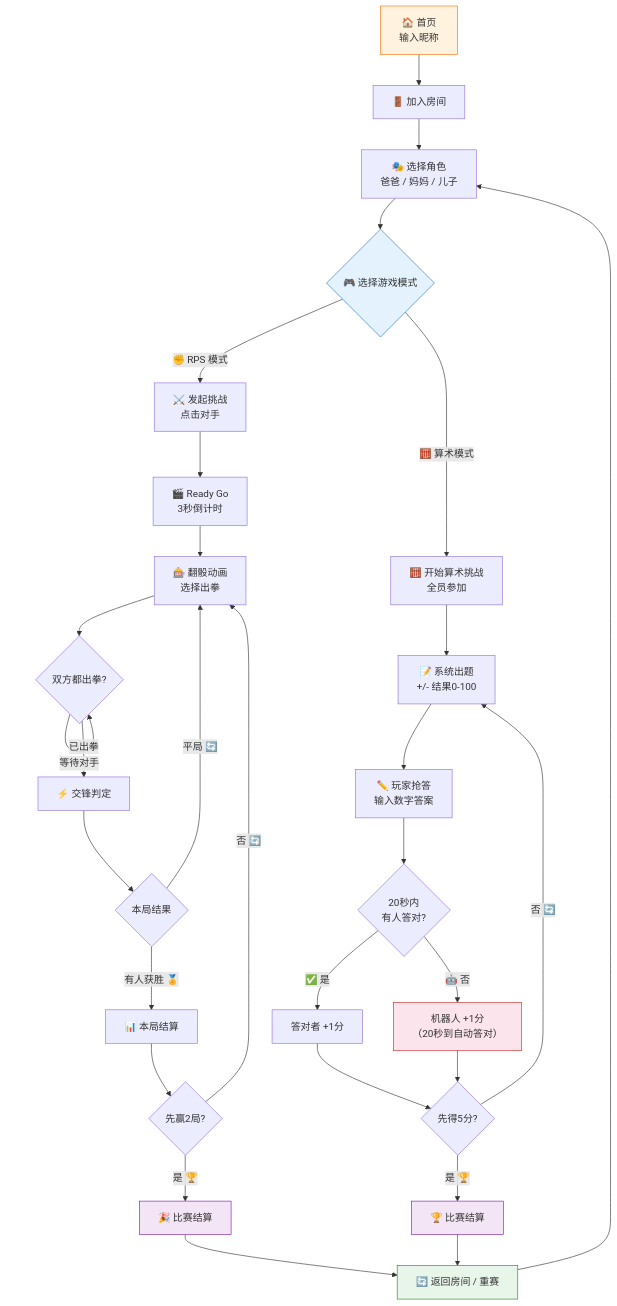
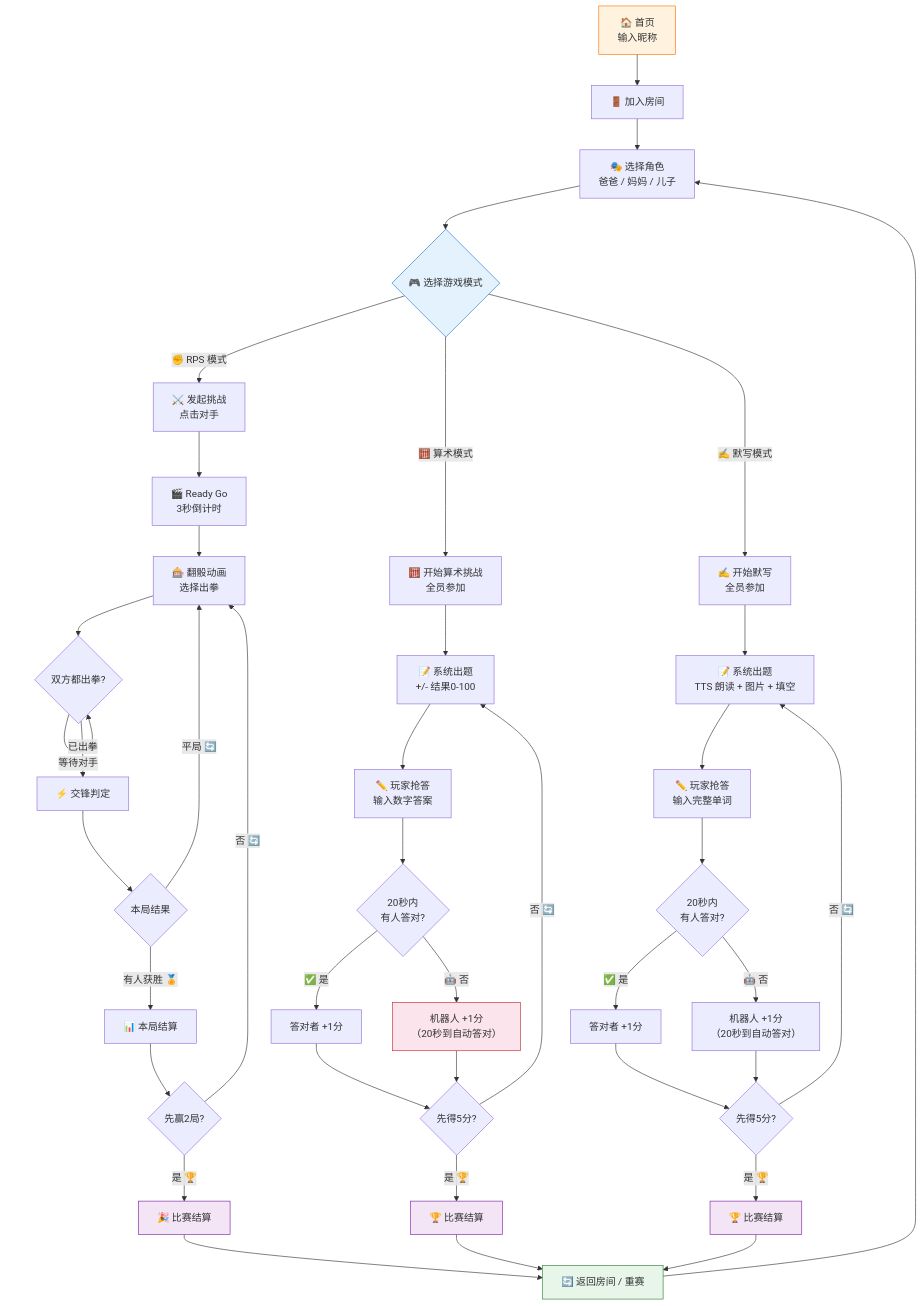
One commit to soapgu/family-war changed the second of 2 diagrams in README.md. Above: the diagram before and after it, drawn with Mermaid. The commit also changed other lines of this file and 1 other file, not shown here.

````diff
--- a/README.md
+++ b/README.md
@@ -37,41 +37,54 @@
 ```mermaid
 flowchart TD
     A[🏠 首页<br>输入昵称] --> B[🚪 加入房间]
     B --> C[🎭 选择角色<br>爸爸 / 妈妈 / 儿子]
     C --> D{🎮 选择游戏模式}
 
     D -->|✊ RPS 模式| E[⚔️ 发起挑战<br>点击对手]
     E --> F[🎬 Ready Go<br>3秒倒计时]
     F --> G[🎰 翻骰动画<br>选择出拳]
     G --> H{双方都出拳?}
     H -->|等待对手| H
     H -->|已出拳| I[⚡ 交锋判定]
     I --> J{本局结果}
     J -->|平局 🔄| G
     J -->|有人获胜 🏅| K[📊 本局结算]
     K --> L{先赢2局?}
     L -->|否 🔄| G
     L -->|是 🏆| M[🎉 比赛结算]
 
     D -->|🧮 算术模式| N[🧮 开始算术挑战<br>全员参加]
     N --> O[📝 系统出题<br>+/- 结果0-100]
     O --> P[✏️ 玩家抢答<br>输入数字答案]
     P --> Q{20秒内<br>有人答对?}
     Q -->|✅ 是| R[答对者 +1分]
     Q -->|🤖 否| S[机器人 +1分<br>（20秒到自动答对）]
     R --> T{先得5分?}
     S --> T
     T -->|否 🔄| O
     T -->|是 🏆| U[🏆 比赛结算]
 
+    D -->|✍️ 默写模式| Sp[✍️ 开始默写<br>全员参加]
+    Sp --> SpQ[📝 系统出题<br>TTS 朗读 + 图片 + 填空]
+    SpQ --> SpAns[✏️ 玩家抢答<br>输入完整单词]
+    SpAns --> SpRes{20秒内<br>有人答对?}
+    SpRes -->|✅ 是| SpR[答对者 +1分]
+    SpRes -->|🤖 否| SpS[机器人 +1分<br>（20秒到自动答对）]
+    SpR --> SpT{先得5分?}
+    SpS --> SpT
+    SpT -->|否 🔄| SpQ
+    SpT -->|是 🏆| SpU[🏆 比赛结算]
+
     M --> V[🔄 返回房间 / 重赛]
     U --> V
+    SpU --> V
     V --> C
 
     style A fill:#fff3e0,stroke:#ff6f00
     style D fill:#e3f2fd,stroke:#1976d2
     style M fill:#f3e5f5,stroke:#7b1fa2
     style U fill:#f3e5f5,stroke:#7b1fa2
+    style SpU fill:#f3e5f5,stroke:#7b1fa2
     style S fill:#fce4ec,stroke:#c62828
     style V fill:#e8f5e9,stroke:#2e7d32
 ```
````
